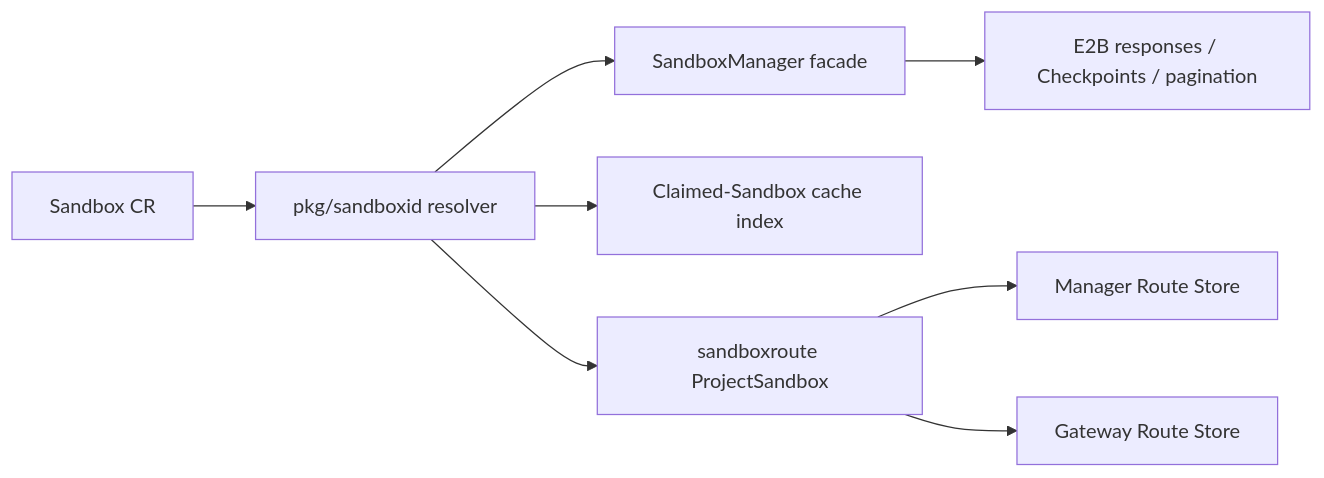
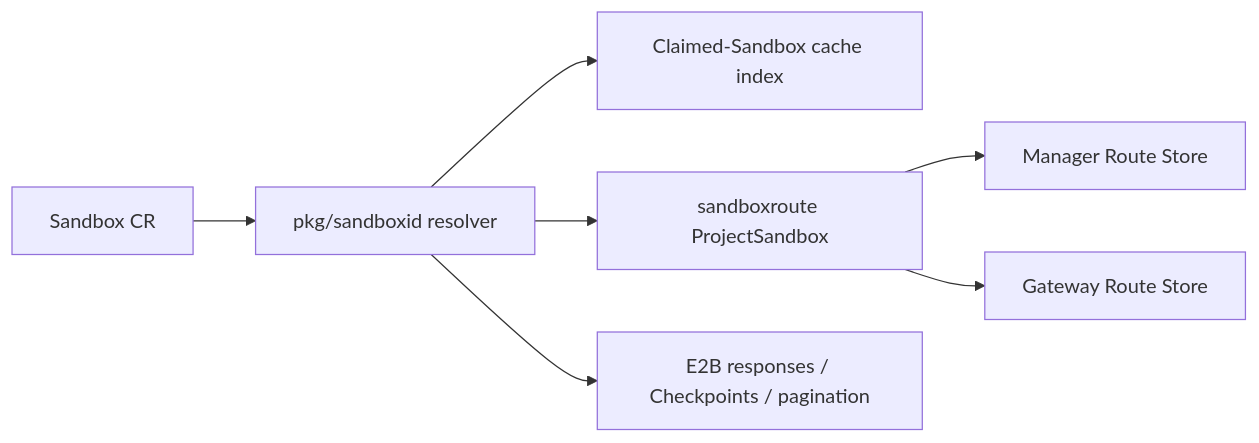
Before and after one commit to AiRanthem/agents: the third of 3 diagrams in openspec/changes/short-sandbox-id/proposal.md, drawn with Mermaid. The commit also changed other lines of this file and 29 other files, not shown here.

````diff
--- a/openspec/changes/short-sandbox-id/proposal.md
+++ b/openspec/changes/short-sandbox-id/proposal.md
@@ -281,10 +282,9 @@
 ```mermaid
 flowchart LR
     S[Sandbox CR] --> R[pkg/sandboxid resolver]
-    R --> M[SandboxManager facade]
     R --> C[Claimed-Sandbox cache index]
     R --> P[sandboxroute ProjectSandbox]
-    M --> E[E2B responses / Checkpoints / pagination]
+    R --> E[E2B responses / Checkpoints / pagination]
     P --> MS[Manager Route Store]
     P --> GS[Gateway Route Store]
 ```
````
